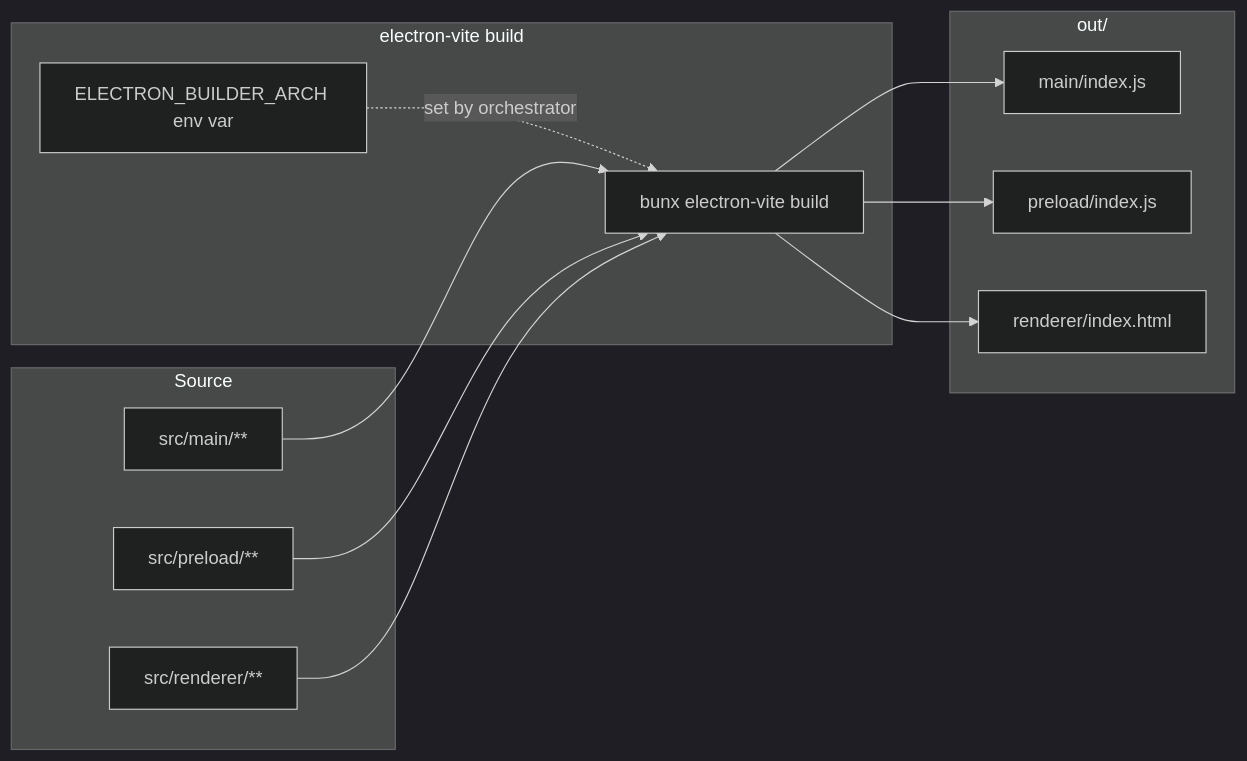
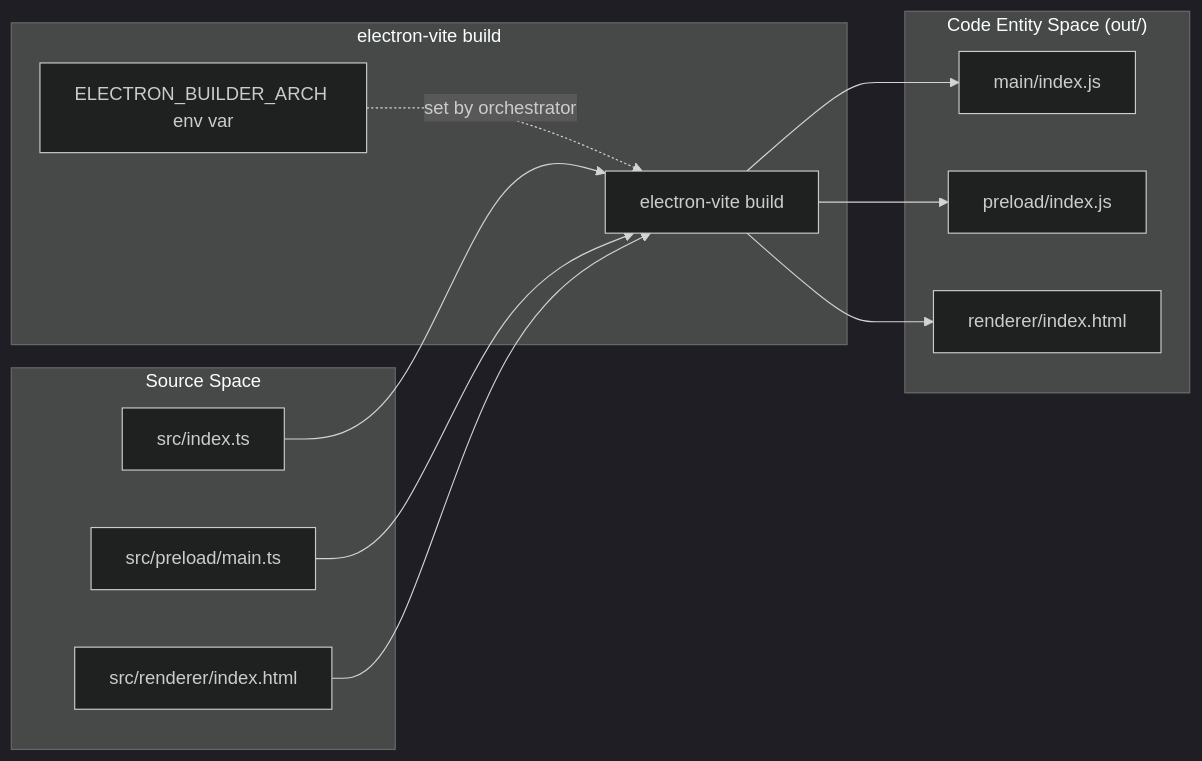
Before and after one commit to blackcater/zentree: the second of 5 diagrams in docs/iOfficeAI_AionUi/build-and-deployment/two-phase-build-process.md, drawn with Mermaid (dark theme). The commit also changed other lines of this file and 232 other files, not shown here.

````diff
--- a/docs/iOfficeAI_AionUi/build-and-deployment/two-phase-build-process.md
+++ b/docs/iOfficeAI_AionUi/build-and-deployment/two-phase-build-process.md
@@ -82,24 +108,24 @@
 ```mermaid
 graph LR
-    subgraph "Source"
-        S1["src/main/**"]
-        S2["src/preload/**"]
-        S3["src/renderer/**"]
+    subgraph "Source Space"
+        S1["src/index.ts"]
+        S2["src/preload/main.ts"]
+        S3["src/renderer/index.html"]
     end
     subgraph "electron-vite build"
-        EV["bunx electron-vite build"]
+        EV["electron-vite build"]
         ARCH["ELECTRON_BUILDER_ARCH env var"]
         ARCH -. "set by orchestrator" .-> EV
     end
-    subgraph "out/"
+    subgraph "Code Entity Space (out/)"
         O1["main/index.js"]
         O2["preload/index.js"]
         O3["renderer/index.html"]
     end
     S1 --> EV
     S2 --> EV
     S3 --> EV
     EV --> O1
     EV --> O2
     EV --> O3
 ```
````
